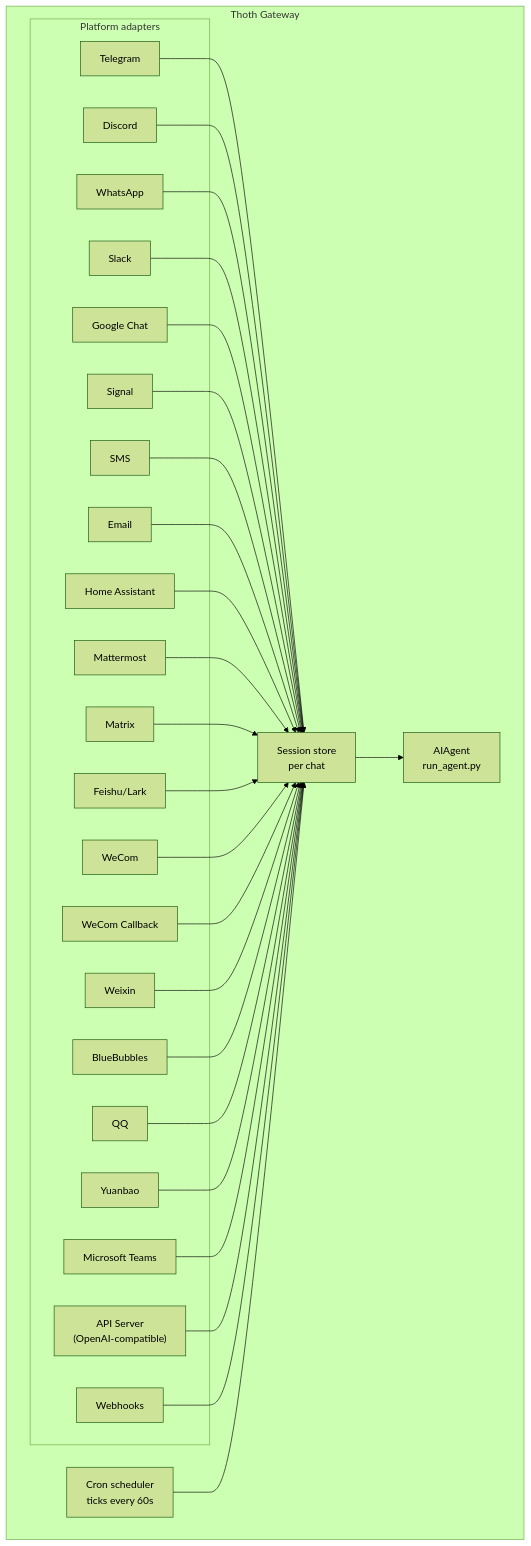
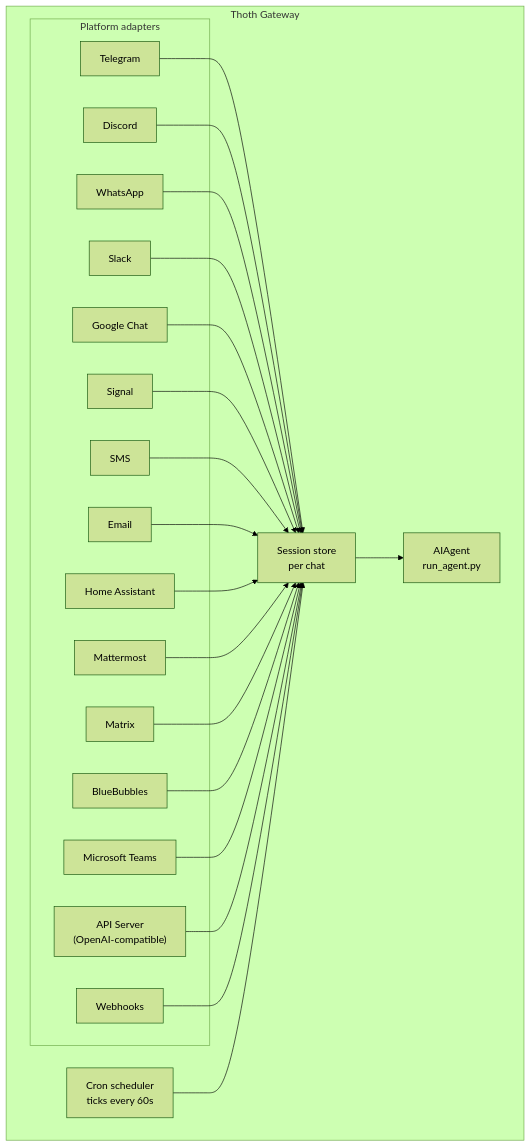
The diagram in website/docs/user-guide/messaging/index.md (519lab/thoth-agent), drawn with Mermaid (forest theme) before and after one commit. The commit also changed other lines of this file and 132 other files, not shown here.

````diff
--- a/website/docs/user-guide/messaging/index.md
+++ b/website/docs/user-guide/messaging/index.md
@@ -42,56 +36,44 @@
 ```mermaid
 flowchart TB
     subgraph Gateway["Thoth Gateway"]
         subgraph Adapters["Platform adapters"]
             tg[Telegram]
             dc[Discord]
             wa[WhatsApp]
             sl[Slack]
             gc[Google Chat]
             sig[Signal]
             sms[SMS]
             em[Email]
             ha[Home Assistant]
             mm[Mattermost]
             mx[Matrix]
-    fs[Feishu/Lark]
-    wc[WeCom]
-    wcb[WeCom Callback]
-    wx[Weixin]
     bb[BlueBubbles]
-    qq[QQ]
-    yb[Yuanbao]
     ms[Microsoft Teams]
     api["API Server<br/>(OpenAI-compatible)"]
     wh[Webhooks]
         end
 
         store["Session store<br/>per chat"]
         agent["AIAgent<br/>run_agent.py"]
         cron["Cron scheduler<br/>ticks every 60s"]
     end
 
     tg --> store
     dc --> store
     wa --> store
     sl --> store
     gc --> store
     sig --> store
     sms --> store
     em --> store
     ha --> store
     mm --> store
     mx --> store
-    fs --> store
-    wc --> store
-    wcb --> store
-    wx --> store
     bb --> store
-    qq --> store
-    yb --> store
     ms --> store
     api --> store
     wh --> store
     store --> agent
     cron --> store
 ```
````
